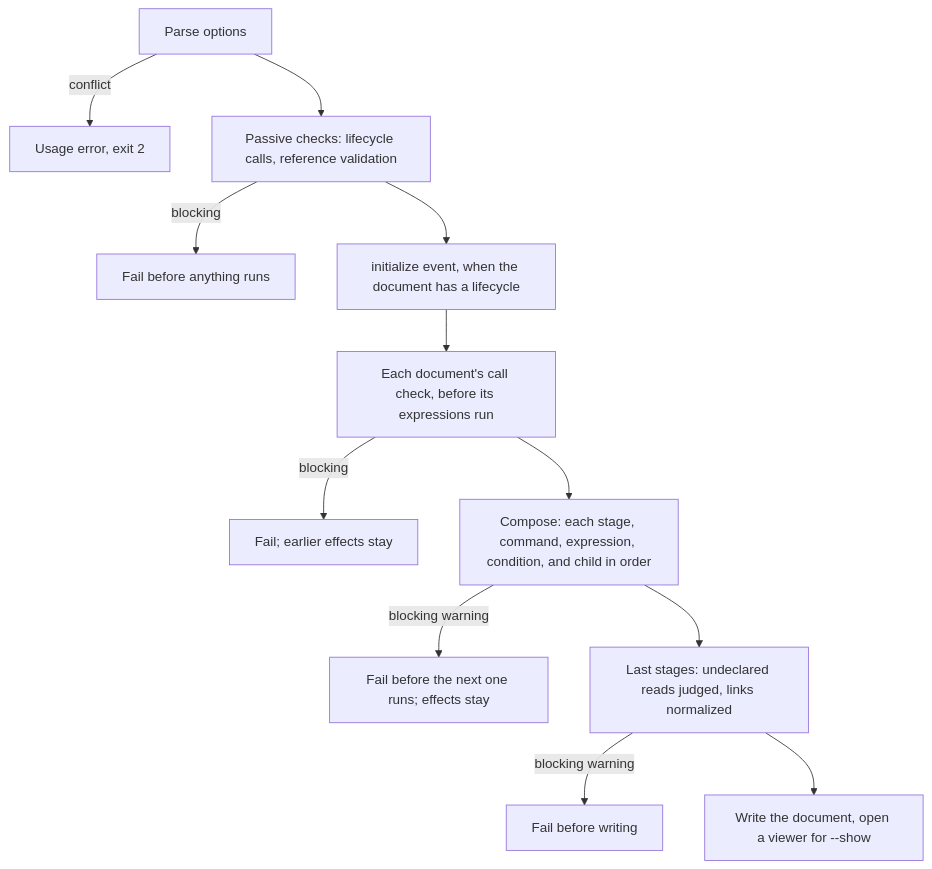
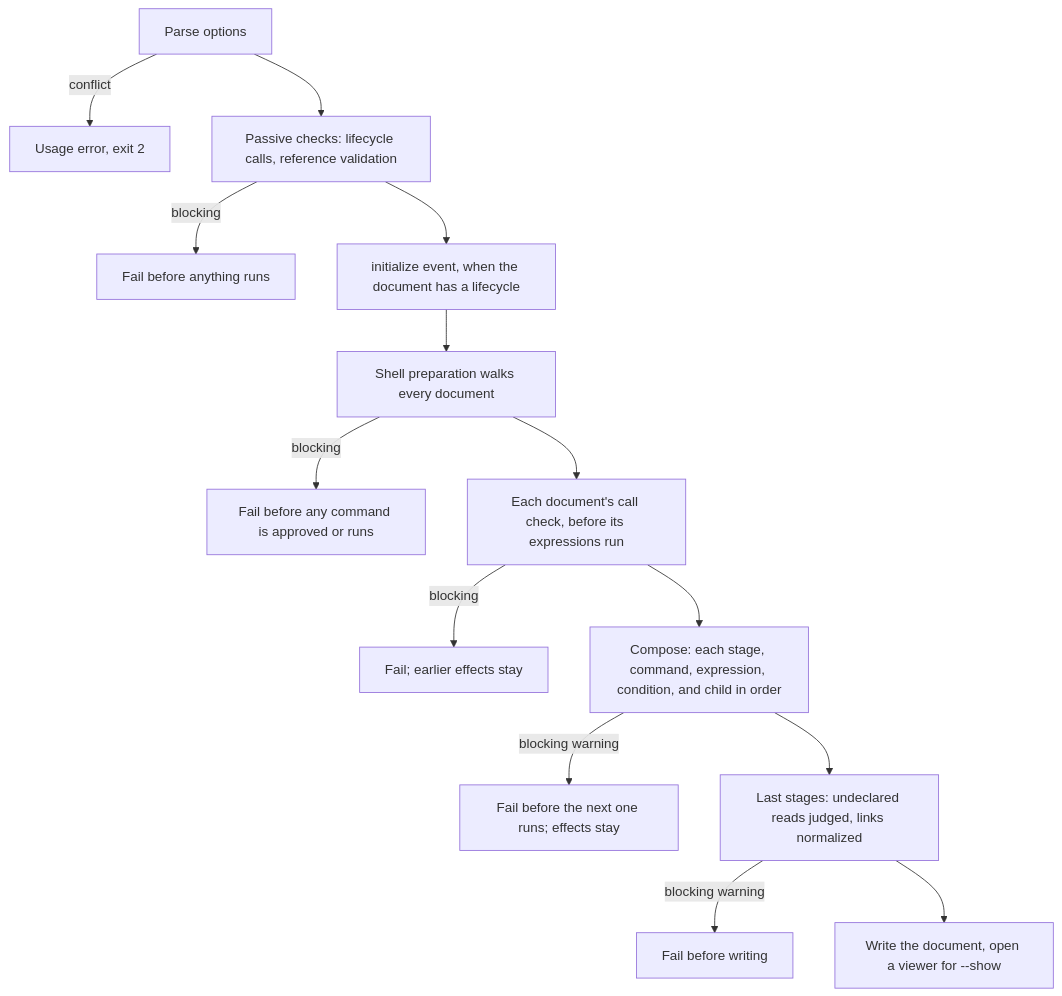
The second of 2 diagrams in darkmatter/docs/cli/policy.md (yankeeinlondon/rusty-biscuit), drawn with Mermaid before and after one commit. The commit also changed other lines of this file and 39 other files, not shown here.

````diff
--- a/darkmatter/docs/cli/policy.md
+++ b/darkmatter/docs/cli/policy.md
@@ -166,14 +166,16 @@
 ```mermaid
 flowchart TD
     A[Parse options] -->|conflict| U[Usage error, exit 2]
     A --> B[Passive checks: lifecycle calls, reference validation]
     B -->|blocking| F1[Fail before anything runs]
     B --> C[initialize event, when the document has a lifecycle]
-    C --> D[Each document's call check, before its expressions run]
+    C --> S[Shell preparation walks every document]
+    S -->|blocking| F5[Fail before any command is approved or runs]
+    S --> D[Each document's call check, before its expressions run]
     D -->|blocking| F2[Fail; earlier effects stay]
     D --> E[Compose: each stage, command, expression, condition, and child in order]
     E -->|blocking warning| F3[Fail before the next one runs; effects stay]
     E --> L[Last stages: undeclared reads judged, links normalized]
     L -->|blocking warning| F4[Fail before writing]
     L --> W[Write the document, open a viewer for --show]
 ```
````
